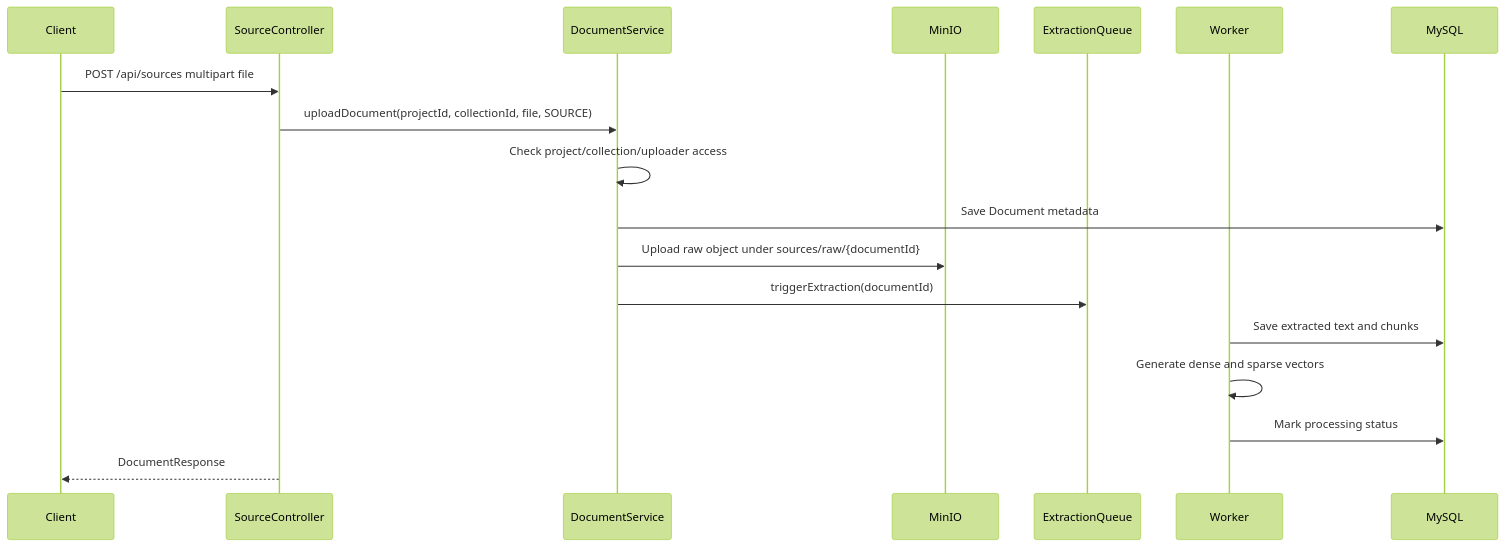
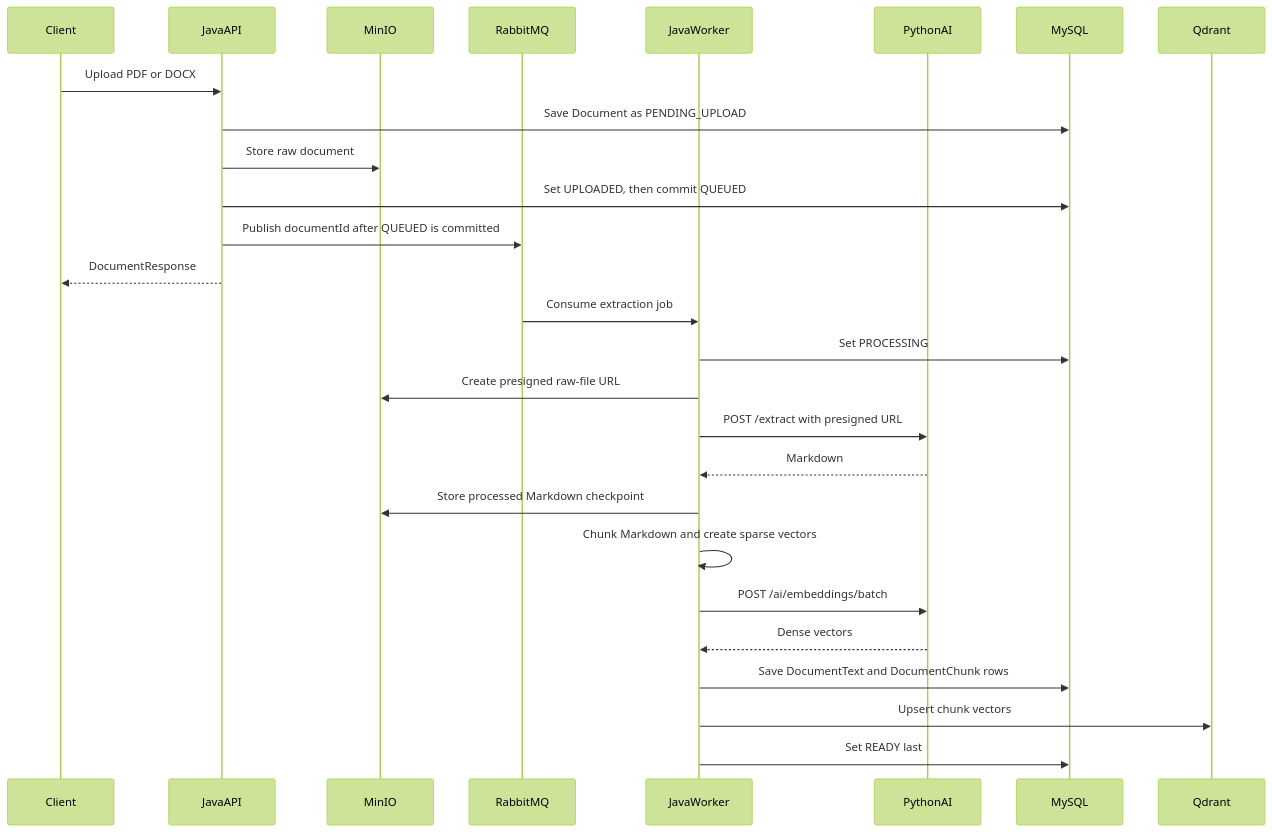
One commit to MinhKien17/SEP490_EvidencePilot changed the sixth of 10 diagrams in README.md. Above: the diagram before and after it, drawn with Mermaid (forest theme). The commit also changed other lines of this file and 3 other files, not shown here.

````diff
--- a/README.md
+++ b/README.md
@@ -285,21 +285,30 @@
 ```mermaid
 sequenceDiagram
     participant Client
-    participant SourceController
-    participant DocumentService
+    participant JavaAPI
     participant MinIO
-    participant ExtractionQueue
-    participant Worker
+    participant RabbitMQ
+    participant JavaWorker
+    participant PythonAI
     participant MySQL
+    participant Qdrant
 
-    Client->>SourceController: POST /api/sources multipart file
-    SourceController->>DocumentService: uploadDocument(projectId, collectionId, file, SOURCE)
-    DocumentService->>DocumentService: Check project/collection/uploader access
-    DocumentService->>MySQL: Save Document metadata
-    DocumentService->>MinIO: Upload raw object under sources/raw/{documentId}
-    DocumentService->>ExtractionQueue: triggerExtraction(documentId)
-    Worker->>MySQL: Save extracted text and chunks
-    Worker->>Worker: Generate dense and sparse vectors
-    Worker->>MySQL: Mark processing status
-    SourceController-->>Client: DocumentResponse
+    Client->>JavaAPI: Upload PDF or DOCX
+    JavaAPI->>MySQL: Save Document as PENDING_UPLOAD
+    JavaAPI->>MinIO: Store raw document
+    JavaAPI->>MySQL: Set UPLOADED, then commit QUEUED
+    JavaAPI->>RabbitMQ: Publish documentId after QUEUED is committed
+    JavaAPI-->>Client: DocumentResponse
+    RabbitMQ->>JavaWorker: Consume extraction job
+    JavaWorker->>MySQL: Set PROCESSING
+    JavaWorker->>MinIO: Create presigned raw-file URL
+    JavaWorker->>PythonAI: POST /extract with presigned URL
+    PythonAI-->>JavaWorker: Markdown
+    JavaWorker->>MinIO: Store processed Markdown checkpoint
+    JavaWorker->>JavaWorker: Chunk Markdown and create sparse vectors
+    JavaWorker->>PythonAI: POST /ai/embeddings/batch
+    PythonAI-->>JavaWorker: Dense vectors
+    JavaWorker->>MySQL: Save DocumentText and DocumentChunk rows
+    JavaWorker->>Qdrant: Upsert chunk vectors
+    JavaWorker->>MySQL: Set READY last
 ```
````
